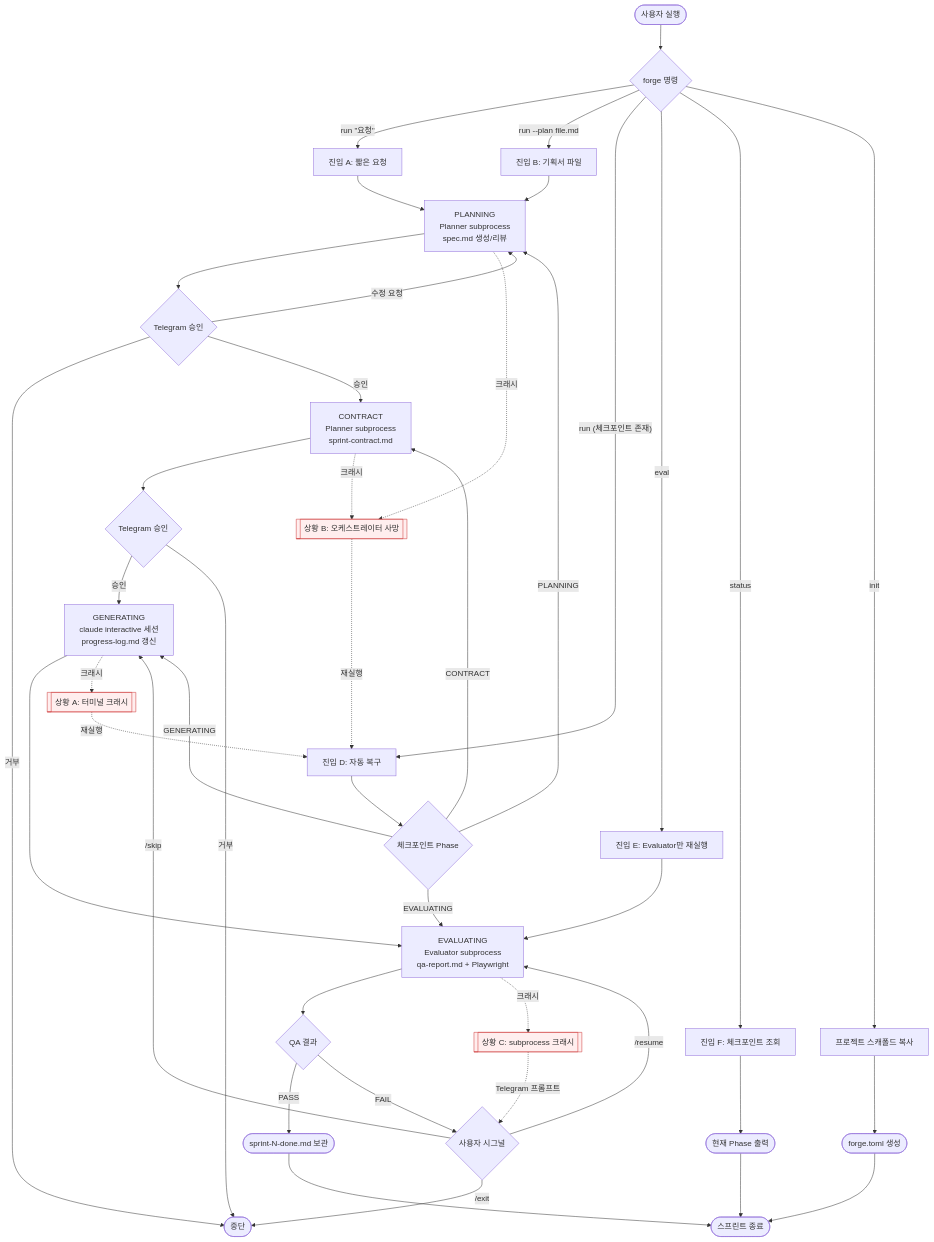
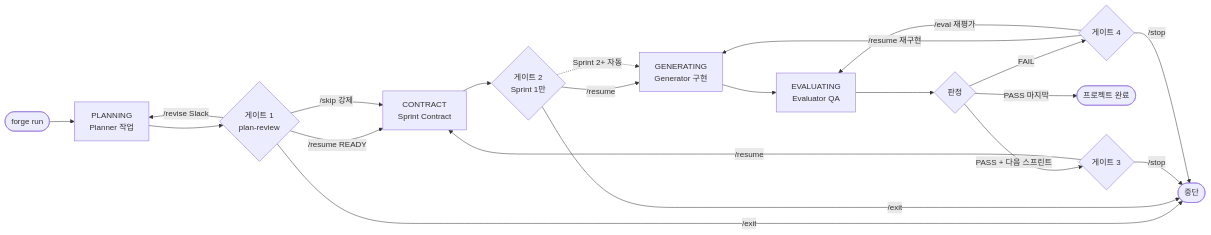
One commit to immortal0900/THE_FORGE changed the second of 2 diagrams in README.md. Above: the diagram before and after it, drawn with Mermaid. The commit also changed other lines of this file and 2 other files, not shown here.

````diff
--- a/README.md
+++ b/README.md
@@ -79,55 +120,27 @@
 ```mermaid
-flowchart TD
-    Start([사용자 실행]) --> Cmd{forge 명령}
+flowchart LR
+    Start([forge run]) --> PL[PLANNING<br/>Planner 작업]
+    PL --> G1{게이트 1<br/>plan-review}
+    G1 -->|/resume READY| CT
+    G1 -->|/skip 강제| CT
+    G1 -->|/revise Slack| PL
+    G1 -->|/exit| Stop([중단])
 
-    Cmd -->|"run &quot;요청&quot;"| EntryA[진입 A: 짧은 요청]
-    Cmd -->|"run --plan file.md"| EntryB[진입 B: 기획서 파일]
-    Cmd -->|"run (체크포인트 존재)"| EntryD[진입 D: 자동 복구]
-    Cmd -->|"eval"| EntryE[진입 E: Evaluator만 재실행]
-    Cmd -->|"status"| EntryF[진입 F: 체크포인트 조회]
-    Cmd -->|"init"| InitPath[프로젝트 스캐폴드 복사]
+    CT[CONTRACT<br/>Sprint Contract] --> G2{게이트 2<br/>Sprint 1만}
+    G2 -->|/resume| GN
+    G2 -->|/exit| Stop
+    G2 -.Sprint 2+ 자동.-> GN
 
-    EntryA --> Planning
-    EntryB --> Planning
-    EntryD --> Resume{체크포인트 Phase}
-    EntryE --> Evaluating
-    EntryF --> ShowStatus([현재 Phase 출력]) --> End
-    InitPath --> Scaffolded([forge.toml 생성]) --> End
+    GN[GENERATING<br/>Generator 구현] --> EV[EVALUATING<br/>Evaluator QA]
+    EV --> J{판정}
+    J -->|PASS + 다음 스프린트| G3{게이트 3}
+    J -->|PASS 마지막| End([프로젝트 완료])
+    J -->|FAIL| G4{게이트 4}
 
-    Resume -->|PLANNING| Planning
-    Resume -->|CONTRACT| Contract
-    Resume -->|GENERATING| Generating
-    Resume -->|EVALUATING| Evaluating
+    G3 -->|/resume| CT
+    G3 -->|/stop| Stop
 
-    Planning["PLANNING<br/>Planner subprocess<br/>spec.md 생성/리뷰"] --> PlanGate{Telegram 승인}
-    PlanGate -->|수정 요청| Planning
-    PlanGate -->|거부| Exit([중단])
-    PlanGate -->|승인| Contract
-
-    Contract["CONTRACT<br/>Planner subprocess<br/>sprint-contract.md"] --> ContractGate{Telegram 승인}
-    ContractGate -->|승인| Generating
-    ContractGate -->|거부| Exit
-
-    Generating["GENERATING<br/>claude interactive 세션<br/>progress-log.md 갱신"] --> Evaluating
-
-    Evaluating["EVALUATING<br/>Evaluator subprocess<br/>qa-report.md + Playwright"] --> Result{QA 결과}
-
-    Result -->|PASS| Archive([sprint-N-done.md 보관]) --> End([스프린트 종료])
-    Result -->|FAIL| Signal{사용자 시그널}
-    Signal -->|/resume| Evaluating
-    Signal -->|/skip| Generating
-    Signal -->|/exit| Exit
-
-    Generating -.크래시.-> CrashA[[상황 A: 터미널 크래시]]
-    Contract -.크래시.-> CrashB[[상황 B: 오케스트레이터 사망]]
-    Planning -.크래시.-> CrashB
-    Evaluating -.크래시.-> CrashC[[상황 C: subprocess 크래시]]
-
-    CrashA -.재실행.-> EntryD
-    CrashB -.재실행.-> EntryD
-    CrashC -.Telegram 프롬프트.-> Signal
-
-    style CrashA fill:#fee,stroke:#c33
-    style CrashB fill:#fee,stroke:#c33
-    style CrashC fill:#fee,stroke:#c33
+    G4 -->|/resume 재구현| GN
+    G4 -->|/eval 재평가| EV
+    G4 -->|/stop| Stop
 ```
````
